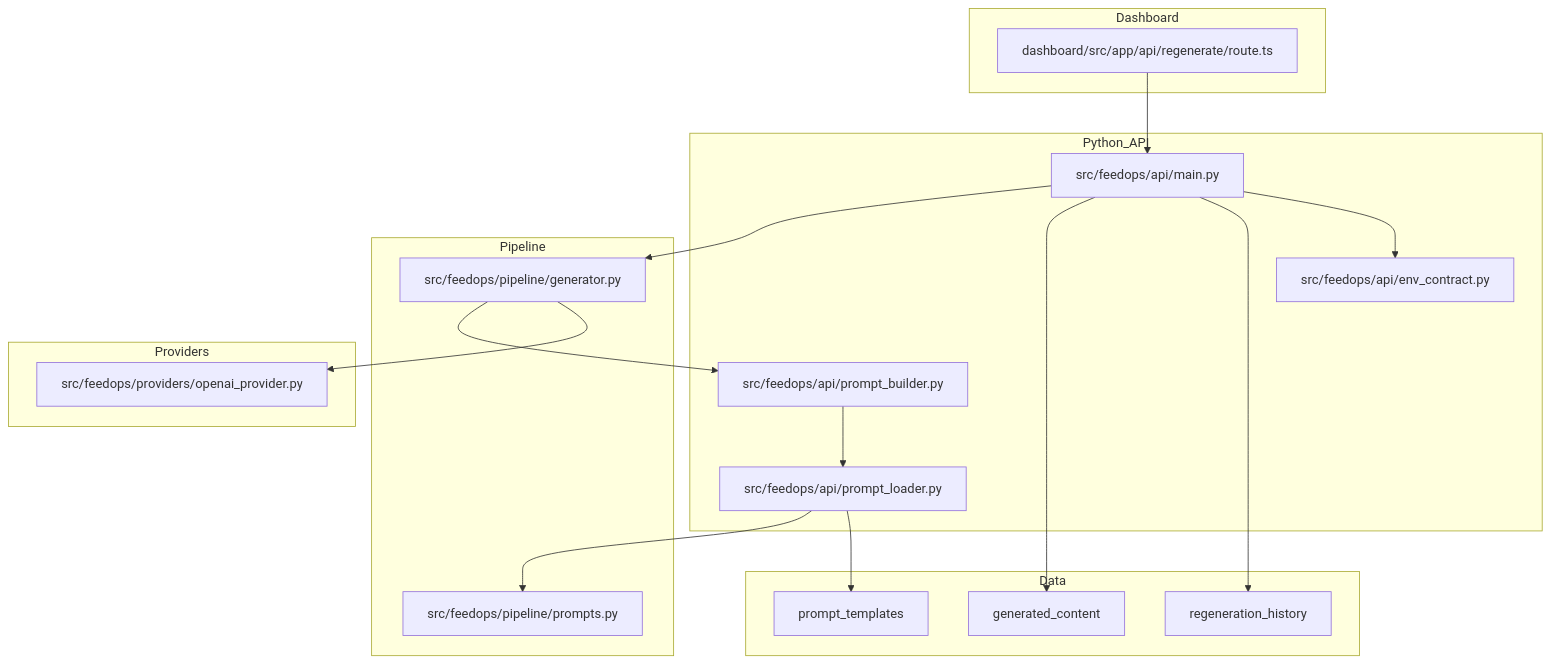
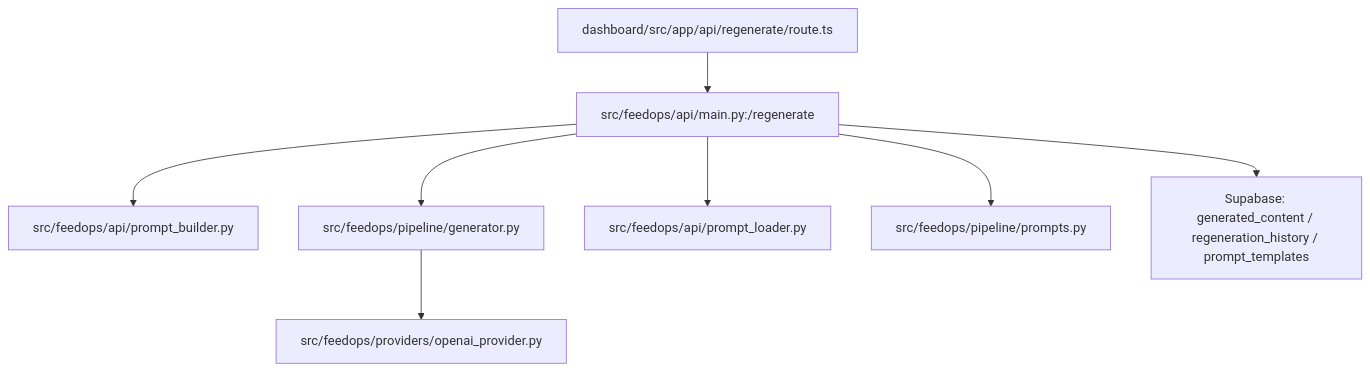
One commit to bobby-andris/Allied-FeedOps changed the fourth of 4 diagrams in docs/architecture/2026-02-26-prompt-source-and-generation-flow.md. Above: the diagram before and after it, drawn with Mermaid. The commit also changed other lines of this file and 1 other file, not shown here.

````diff
--- a/docs/architecture/2026-02-26-prompt-source-and-generation-flow.md
+++ b/docs/architecture/2026-02-26-prompt-source-and-generation-flow.md
@@ -69,39 +77,10 @@
 ```mermaid
-flowchart TB
-  subgraph Dashboard
-    D1["dashboard/src/app/api/regenerate/route.ts"]
-  end
-
-  subgraph Python_API
-    P1["src/feedops/api/main.py"]
-    P2["src/feedops/api/prompt_loader.py"]
-    P3["src/feedops/api/prompt_builder.py"]
-    P4["src/feedops/api/env_contract.py"]
-  end
-
-  subgraph Pipeline
-    G1["src/feedops/pipeline/generator.py"]
-    G2["src/feedops/pipeline/prompts.py"]
-  end
-
-  subgraph Providers
-    O1["src/feedops/providers/openai_provider.py"]
-  end
-
-  subgraph Data
-    S1["generated_content"]
-    S2["regeneration_history"]
-    S3["prompt_templates"]
-  end
-
-  D1 --> P1
-  P1 --> G1
-  G1 --> P3
-  P3 --> P2
-  P2 --> G2
-  G1 --> O1
-  P1 --> S1
-  P1 --> S2
-  P2 --> S3
-  P1 --> P4
+flowchart TD
+  A["dashboard/src/app/api/regenerate/route.ts"] --> B["src/feedops/api/main.py:/regenerate"]
+  B --> C["src/feedops/api/prompt_builder.py"]
+  B --> D["src/feedops/pipeline/generator.py"]
+  D --> E["src/feedops/providers/openai_provider.py"]
+  B --> F["src/feedops/api/prompt_loader.py"]
+  B --> G["src/feedops/pipeline/prompts.py"]
+  B --> H["Supabase: generated_content / regeneration_history / prompt_templates"]
 ```
````
